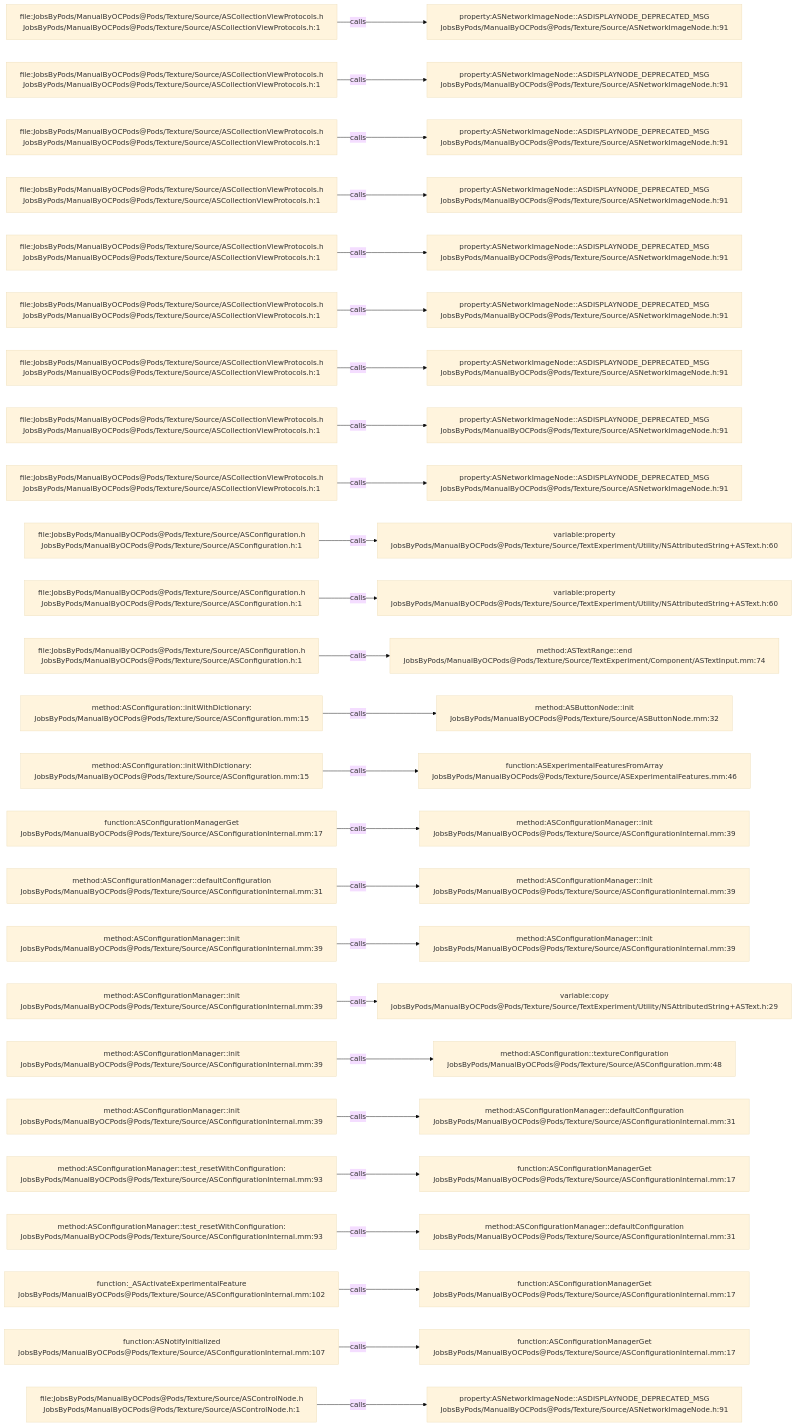
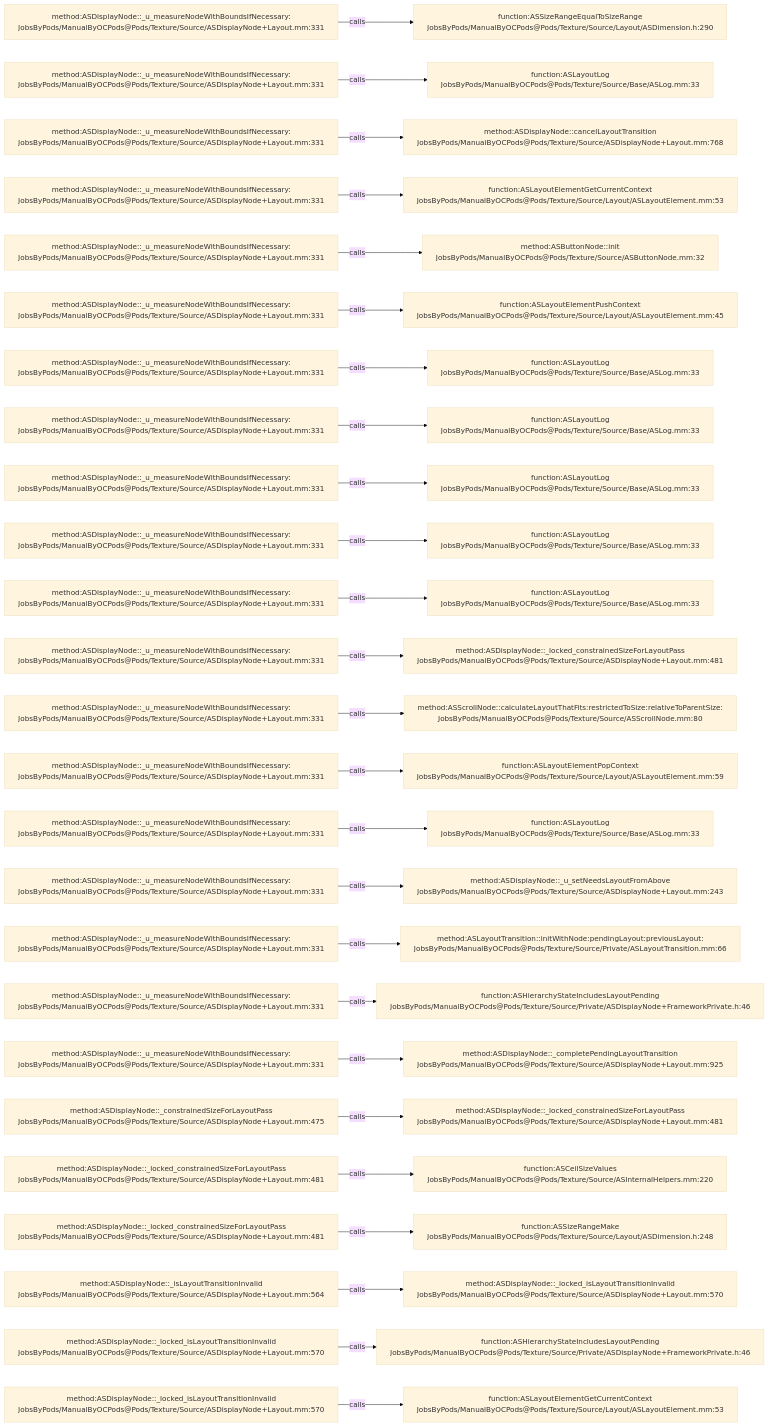
The diagram in .codegraph/codegraph.md/graphs/calls-093.md (JobsKits/JobsOCBaseConfigDemo), drawn with Mermaid (base theme) before and after one commit. The commit also changed 1223 other files, not shown here.

````diff
--- a/.codegraph/codegraph.md/graphs/calls-093.md
+++ b/.codegraph/codegraph.md/graphs/calls-093.md
@@ -13,78 +13,78 @@
 ```mermaid
 flowchart LR
-  S1["file:JobsByPods/ManualByOCPods@Pods/Texture/Source/ASCollectionViewProtocols.h<br/>JobsByPods/ManualByOCPods@Pods/Texture/Source/ASCollectionViewProtocols.h:1"]
-  T1["property:ASNetworkImageNode::ASDISPLAYNODE_DEPRECATED_MSG<br/>JobsByPods/ManualByOCPods@Pods/Texture/Source/ASNetworkImageNode.h:91"]
+  S1["method:ASDisplayNode::_u_measureNodeWithBoundsIfNecessary:<br/>JobsByPods/ManualByOCPods@Pods/Texture/Source/ASDisplayNode+Layout.mm:331"]
+  T1["function:ASSizeRangeEqualToSizeRange<br/>JobsByPods/ManualByOCPods@Pods/Texture/Source/Layout/ASDimension.h:290"]
   S1 -->|calls| T1
-  S2["file:JobsByPods/ManualByOCPods@Pods/Texture/Source/ASCollectionViewProtocols.h<br/>JobsByPods/ManualByOCPods@Pods/Texture/Source/ASCollectionViewProtocols.h:1"]
-  T2["property:ASNetworkImageNode::ASDISPLAYNODE_DEPRECATED_MSG<br/>JobsByPods/ManualByOCPods@Pods/Texture/Source/ASNetworkImageNode.h:91"]
+  S2["method:ASDisplayNode::_u_measureNodeWithBoundsIfNecessary:<br/>JobsByPods/ManualByOCPods@Pods/Texture/Source/ASDisplayNode+Layout.mm:331"]
+  T2["function:ASLayoutLog<br/>JobsByPods/ManualByOCPods@Pods/Texture/Source/Base/ASLog.mm:33"]
   S2 -->|calls| T2
-  S3["file:JobsByPods/ManualByOCPods@Pods/Texture/Source/ASCollectionViewProtocols.h<br/>JobsByPods/ManualByOCPods@Pods/Texture/Source/ASCollectionViewProtocols.h:1"]
-  T3["property:ASNetworkImageNode::ASDISPLAYNODE_DEPRECATED_MSG<br/>JobsByPods/ManualByOCPods@Pods/Texture/Source/ASNetworkImageNode.h:91"]
+  S3["method:ASDisplayNode::_u_measureNodeWithBoundsIfNecessary:<br/>JobsByPods/ManualByOCPods@Pods/Texture/Source/ASDisplayNode+Layout.mm:331"]
+  T3["method:ASDisplayNode::cancelLayoutTransition<br/>JobsByPods/ManualByOCPods@Pods/Texture/Source/ASDisplayNode+Layout.mm:768"]
   S3 -->|calls| T3
-  S4["file:JobsByPods/ManualByOCPods@Pods/Texture/Source/ASCollectionViewProtocols.h<br/>JobsByPods/ManualByOCPods@Pods/Texture/Source/ASCollectionViewProtocols.h:1"]
-  T4["property:ASNetworkImageNode::ASDISPLAYNODE_DEPRECATED_MSG<br/>JobsByPods/ManualByOCPods@Pods/Texture/Source/ASNetworkImageNode.h:91"]
+  S4["method:ASDisplayNode::_u_measureNodeWithBoundsIfNecessary:<br/>JobsByPods/ManualByOCPods@Pods/Texture/Source/ASDisplayNode+Layout.mm:331"]
+  T4["function:ASLayoutElementGetCurrentContext<br/>JobsByPods/ManualByOCPods@Pods/Texture/Source/Layout/ASLayoutElement.mm:53"]
   S4 -->|calls| T4
-  S5["file:JobsByPods/ManualByOCPods@Pods/Texture/Source/ASCollectionViewProtocols.h<br/>JobsByPods/ManualByOCPods@Pods/Texture/Source/ASCollectionViewProtocols.h:1"]
-  T5["property:ASNetworkImageNode::ASDISPLAYNODE_DEPRECATED_MSG<br/>JobsByPods/ManualByOCPods@Pods/Texture/Source/ASNetworkImageNode.h:91"]
+  S5["method:ASDisplayNode::_u_measureNodeWithBoundsIfNecessary:<br/>JobsByPods/ManualByOCPods@Pods/Texture/Source/ASDisplayNode+Layout.mm:331"]
+  T5["method:ASButtonNode::init<br/>JobsByPods/ManualByOCPods@Pods/Texture/Source/ASButtonNode.mm:32"]
   S5 -->|calls| T5
-  S6["file:JobsByPods/ManualByOCPods@Pods/Texture/Source/ASCollectionViewProtocols.h<br/>JobsByPods/ManualByOCPods@Pods/Texture/Source/ASCollectionViewProtocols.h:1"]
-  T6["property:ASNetworkImageNode::ASDISPLAYNODE_DEPRECATED_MSG<br/>JobsByPods/ManualByOCPods@Pods/Texture/Source/ASNetworkImageNode.h:91"]
+  S6["method:ASDisplayNode::_u_measureNodeWithBoundsIfNecessary:<br/>JobsByPods/ManualByOCPods@Pods/Texture/Source/ASDisplayNode+Layout.mm:331"]
+  T6["function:ASLayoutElementPushContext<br/>JobsByPods/ManualByOCPods@Pods/Texture/Source/Layout/ASLayoutElement.mm:45"]
   S6 -->|calls| T6
-  S7["file:JobsByPods/ManualByOCPods@Pods/Texture/Source/ASCollectionViewProtocols.h<br/>JobsByPods/ManualByOCPods@Pods/Texture/Source/ASCollectionViewProtocols.h:1"]
-  T7["property:ASNetworkImageNode::ASDISPLAYNODE_DEPRECATED_MSG<br/>JobsByPods/ManualByOCPods@Pods/Texture/Source/ASNetworkImageNode.h:91"]
+  S7["method:ASDisplayNode::_u_measureNodeWithBoundsIfNecessary:<br/>JobsByPods/ManualByOCPods@Pods/Texture/Source/ASDisplayNode+Layout.mm:331"]
+  T7["function:ASLayoutLog<br/>JobsByPods/ManualByOCPods@Pods/Texture/Source/Base/ASLog.mm:33"]
   S7 -->|calls| T7
-  S8["file:JobsByPods/ManualByOCPods@Pods/Texture/Source/ASCollectionViewProtocols.h<br/>JobsByPods/ManualByOCPods@Pods/Texture/Source/ASCollectionViewProtocols.h:1"]
-  T8["property:ASNetworkImageNode::ASDISPLAYNODE_DEPRECATED_MSG<br/>JobsByPods/ManualByOCPods@Pods/Texture/Source/ASNetworkImageNode.h:91"]
+  S8["method:ASDisplayNode::_u_measureNodeWithBoundsIfNecessary:<br/>JobsByPods/ManualByOCPods@Pods/Texture/Source/ASDisplayNode+Layout.mm:331"]
+  T8["function:ASLayoutLog<br/>JobsByPods/ManualByOCPods@Pods/Texture/Source/Base/ASLog.mm:33"]
   S8 -->|calls| T8
-  S9["file:JobsByPods/ManualByOCPods@Pods/Texture/Source/ASCollectionViewProtocols.h<br/>JobsByPods/ManualByOCPods@Pods/Texture/Source/ASCollectionViewProtocols.h:1"]
-  T9["property:ASNetworkImageNode::ASDISPLAYNODE_DEPRECATED_MSG<br/>JobsByPods/ManualByOCPods@Pods/Texture/Source/ASNetworkImageNode.h:91"]
+  S9["method:ASDisplayNode::_u_measureNodeWithBoundsIfNecessary:<br/>JobsByPods/ManualByOCPods@Pods/Texture/Source/ASDisplayNode+Layout.mm:331"]
+  T9["function:ASLayoutLog<br/>JobsByPods/ManualByOCPods@Pods/Texture/Source/Base/ASLog.mm:33"]
   S9 -->|calls| T9
-  S10["file:JobsByPods/ManualByOCPods@Pods/Texture/Source/ASConfiguration.h<br/>JobsByPods/ManualByOCPods@Pods/Texture/Source/ASConfiguration.h:1"]
-  T10["variable:property<br/>JobsByPods/ManualByOCPods@Pods/Texture/Source/TextExperiment/Utility/NSAttributedString+ASText.h:60"]
+  S10["method:ASDisplayNode::_u_measureNodeWithBoundsIfNecessary:<br/>JobsByPods/ManualByOCPods@Pods/Texture/Source/ASDisplayNode+Layout.mm:331"]
+  T10["function:ASLayoutLog<br/>JobsByPods/ManualByOCPods@Pods/Texture/Source/Base/ASLog.mm:33"]
   S10 -->|calls| T10
-  S11["file:JobsByPods/ManualByOCPods@Pods/Texture/Source/ASConfiguration.h<br/>JobsByPods/ManualByOCPods@Pods/Texture/Source/ASConfiguration.h:1"]
-  T11["variable:property<br/>JobsByPods/ManualByOCPods@Pods/Texture/Source/TextExperiment/Utility/NSAttributedString+ASText.h:60"]
+  S11["method:ASDisplayNode::_u_measureNodeWithBoundsIfNecessary:<br/>JobsByPods/ManualByOCPods@Pods/Texture/Source/ASDisplayNode+Layout.mm:331"]
+  T11["function:ASLayoutLog<br/>JobsByPods/ManualByOCPods@Pods/Texture/Source/Base/ASLog.mm:33"]
   S11 -->|calls| T11
-  S12["file:JobsByPods/ManualByOCPods@Pods/Texture/Source/ASConfiguration.h<br/>JobsByPods/ManualByOCPods@Pods/Texture/Source/ASConfiguration.h:1"]
-  T12["method:ASTextRange::end<br/>JobsByPods/ManualByOCPods@Pods/Texture/Source/TextExperiment/Component/ASTextInput.mm:74"]
+  S12["method:ASDisplayNode::_u_measureNodeWithBoundsIfNecessary:<br/>JobsByPods/ManualByOCPods@Pods/Texture/Source/ASDisplayNode+Layout.mm:331"]
+  T12["method:ASDisplayNode::_locked_constrainedSizeForLayoutPass<br/>JobsByPods/ManualByOCPods@Pods/Texture/Source/ASDisplayNode+Layout.mm:481"]
   S12 -->|calls| T12
-  S13["method:ASConfiguration::initWithDictionary:<br/>JobsByPods/ManualByOCPods@Pods/Texture/Source/ASConfiguration.mm:15"]
-  T13["method:ASButtonNode::init<br/>JobsByPods/ManualByOCPods@Pods/Texture/Source/ASButtonNode.mm:32"]
+  S13["method:ASDisplayNode::_u_measureNodeWithBoundsIfNecessary:<br/>JobsByPods/ManualByOCPods@Pods/Texture/Source/ASDisplayNode+Layout.mm:331"]
+  T13["method:ASScrollNode::calculateLayoutThatFits:restrictedToSize:relativeToParentSize:<br/>JobsByPods/ManualByOCPods@Pods/Texture/Source/ASScrollNode.mm:80"]
   S13 -->|calls| T13
-  S14["method:ASConfiguration::initWithDictionary:<br/>JobsByPods/ManualByOCPods@Pods/Texture/Source/ASConfiguration.mm:15"]
-  T14["function:ASExperimentalFeaturesFromArray<br/>JobsByPods/ManualByOCPods@Pods/Texture/Source/ASExperimentalFeatures.mm:46"]
+  S14["method:ASDisplayNode::_u_measureNodeWithBoundsIfNecessary:<br/>JobsByPods/ManualByOCPods@Pods/Texture/Source/ASDisplayNode+Layout.mm:331"]
+  T14["function:ASLayoutElementPopContext<br/>JobsByPods/ManualByOCPods@Pods/Texture/Source/Layout/ASLayoutElement.mm:59"]
   S14 -->|calls| T14
-  S15["function:ASConfigurationManagerGet<br/>JobsByPods/ManualByOCPods@Pods/Texture/Source/ASConfigurationInternal.mm:17"]
-  T15["method:ASConfigurationManager::init<br/>JobsByPods/ManualByOCPods@Pods/Texture/Source/ASConfigurationInternal.mm:39"]
+  S15["method:ASDisplayNode::_u_measureNodeWithBoundsIfNecessary:<br/>JobsByPods/ManualByOCPods@Pods/Texture/Source/ASDisplayNode+Layout.mm:331"]
+  T15["function:ASLayoutLog<br/>JobsByPods/ManualByOCPods@Pods/Texture/Source/Base/ASLog.mm:33"]
   S15 -->|calls| T15
-  S16["method:ASConfigurationManager::defaultConfiguration<br/>JobsByPods/ManualByOCPods@Pods/Texture/Source/ASConfigurationInternal.mm:31"]
-  T16["method:ASConfigurationManager::init<br/>JobsByPods/ManualByOCPods@Pods/Texture/Source/ASConfigurationInternal.mm:39"]
+  S16["method:ASDisplayNode::_u_measureNodeWithBoundsIfNecessary:<br/>JobsByPods/ManualByOCPods@Pods/Texture/Source/ASDisplayNode+Layout.mm:331"]
+  T16["method:ASDisplayNode::_u_setNeedsLayoutFromAbove<br/>JobsByPods/ManualByOCPods@Pods/Texture/Source/ASDisplayNode+Layout.mm:243"]
   S16 -->|calls| T16
-  S17["method:ASConfigurationManager::init<br/>JobsByPods/ManualByOCPods@Pods/Texture/Source/ASConfigurationInternal.mm:39"]
-  T17["method:ASConfigurationManager::init<br/>JobsByPods/ManualByOCPods@Pods/Texture/Source/ASConfigurationInternal.mm:39"]
+  S17["method:ASDisplayNode::_u_measureNodeWithBoundsIfNecessary:<br/>JobsByPods/ManualByOCPods@Pods/Texture/Source/ASDisplayNode+Layout.mm:331"]
+  T17["method:ASLayoutTransition::initWithNode:pendingLayout:previousLayout:<br/>JobsByPods/ManualByOCPods@Pods/Texture/Source/Private/ASLayoutTransition.mm:66"]
   S17 -->|calls| T17
-  S18["method:ASConfigurationManager::init<br/>JobsByPods/ManualByOCPods@Pods/Texture/Source/ASConfigurationInternal.mm:39"]
-  T18["variable:copy<br/>JobsByPods/ManualByOCPods@Pods/Texture/Source/TextExperiment/Utility/NSAttributedString+ASText.h:29"]
+  S18["method:ASDisplayNode::_u_measureNodeWithBoundsIfNecessary:<br/>JobsByPods/ManualByOCPods@Pods/Texture/Source/ASDisplayNode+Layout.mm:331"]
+  T18["function:ASHierarchyStateIncludesLayoutPending<br/>JobsByPods/ManualByOCPods@Pods/Texture/Source/Private/ASDisplayNode+FrameworkPrivate.h:46"]
   S18 -->|calls| T18
-  S19["method:ASConfigurationManager::init<br/>JobsByPods/ManualByOCPods@Pods/Texture/Source/ASConfigurationInternal.mm:39"]
-  T19["method:ASConfiguration::textureConfiguration<br/>JobsByPods/ManualByOCPods@Pods/Texture/Source/ASConfiguration.mm:48"]
+  S19["method:ASDisplayNode::_u_measureNodeWithBoundsIfNecessary:<br/>JobsByPods/ManualByOCPods@Pods/Texture/Source/ASDisplayNode+Layout.mm:331"]
+  T19["method:ASDisplayNode::_completePendingLayoutTransition<br/>JobsByPods/ManualByOCPods@Pods/Texture/Source/ASDisplayNode+Layout.mm:925"]
   S19 -->|calls| T19
-  S20["method:ASConfigurationManager::init<br/>JobsByPods/ManualByOCPods@Pods/Texture/Source/ASConfigurationInternal.mm:39"]
-  T20["method:ASConfigurationManager::defaultConfiguration<br/>JobsByPods/ManualByOCPods@Pods/Texture/Source/ASConfigurationInternal.mm:31"]
+  S20["method:ASDisplayNode::_constrainedSizeForLayoutPass<br/>JobsByPods/ManualByOCPods@Pods/Texture/Source/ASDisplayNode+Layout.mm:475"]
+  T20["method:ASDisplayNode::_locked_constrainedSizeForLayoutPass<br/>JobsByPods/ManualByOCPods@Pods/Texture/Source/ASDisplayNode+Layout.mm:481"]
   S20 -->|calls| T20
-  S21["method:ASConfigurationManager::test_resetWithConfiguration:<br/>JobsByPods/ManualByOCPods@Pods/Texture/Source/ASConfigurationInternal.mm:93"]
-  T21["function:ASConfigurationManagerGet<br/>JobsByPods/ManualByOCPods@Pods/Texture/Source/ASConfigurationInternal.mm:17"]
+  S21["method:ASDisplayNode::_locked_constrainedSizeForLayoutPass<br/>JobsByPods/ManualByOCPods@Pods/Texture/Source/ASDisplayNode+Layout.mm:481"]
+  T21["function:ASCeilSizeValues<br/>JobsByPods/ManualByOCPods@Pods/Texture/Source/ASInternalHelpers.mm:220"]
   S21 -->|calls| T21
-  S22["method:ASConfigurationManager::test_resetWithConfiguration:<br/>JobsByPods/ManualByOCPods@Pods/Texture/Source/ASConfigurationInternal.mm:93"]
-  T22["method:ASConfigurationManager::defaultConfiguration<br/>JobsByPods/ManualByOCPods@Pods/Texture/Source/ASConfigurationInternal.mm:31"]
+  S22["method:ASDisplayNode::_locked_constrainedSizeForLayoutPass<br/>JobsByPods/ManualByOCPods@Pods/Texture/Source/ASDisplayNode+Layout.mm:481"]
+  T22["function:ASSizeRangeMake<br/>JobsByPods/ManualByOCPods@Pods/Texture/Source/Layout/ASDimension.h:248"]
   S22 -->|calls| T22
-  S23["function:_ASActivateExperimentalFeature<br/>JobsByPods/ManualByOCPods@Pods/Texture/Source/ASConfigurationInternal.mm:102"]
-  T23["function:ASConfigurationManagerGet<br/>JobsByPods/ManualByOCPods@Pods/Texture/Source/ASConfigurationInternal.mm:17"]
+  S23["method:ASDisplayNode::_isLayoutTransitionInvalid<br/>JobsByPods/ManualByOCPods@Pods/Texture/Source/ASDisplayNode+Layout.mm:564"]
+  T23["method:ASDisplayNode::_locked_isLayoutTransitionInvalid<br/>JobsByPods/ManualByOCPods@Pods/Texture/Source/ASDisplayNode+Layout.mm:570"]
   S23 -->|calls| T23
-  S24["function:ASNotifyInitialized<br/>JobsByPods/ManualByOCPods@Pods/Texture/Source/ASConfigurationInternal.mm:107"]
-  T24["function:ASConfigurationManagerGet<br/>JobsByPods/ManualByOCPods@Pods/Texture/Source/ASConfigurationInternal.mm:17"]
+  S24["method:ASDisplayNode::_locked_isLayoutTransitionInvalid<br/>JobsByPods/ManualByOCPods@Pods/Texture/Source/ASDisplayNode+Layout.mm:570"]
+  T24["function:ASHierarchyStateIncludesLayoutPending<br/>JobsByPods/ManualByOCPods@Pods/Texture/Source/Private/ASDisplayNode+FrameworkPrivate.h:46"]
   S24 -->|calls| T24
-  S25["file:JobsByPods/ManualByOCPods@Pods/Texture/Source/ASControlNode.h<br/>JobsByPods/ManualByOCPods@Pods/Texture/Source/ASControlNode.h:1"]
-  T25["property:ASNetworkImageNode::ASDISPLAYNODE_DEPRECATED_MSG<br/>JobsByPods/ManualByOCPods@Pods/Texture/Source/ASNetworkImageNode.h:91"]
+  S25["method:ASDisplayNode::_locked_isLayoutTransitionInvalid<br/>JobsByPods/ManualByOCPods@Pods/Texture/Source/ASDisplayNode+Layout.mm:570"]
+  T25["function:ASLayoutElementGetCurrentContext<br/>JobsByPods/ManualByOCPods@Pods/Texture/Source/Layout/ASLayoutElement.mm:53"]
   S25 -->|calls| T25
 ```
````
